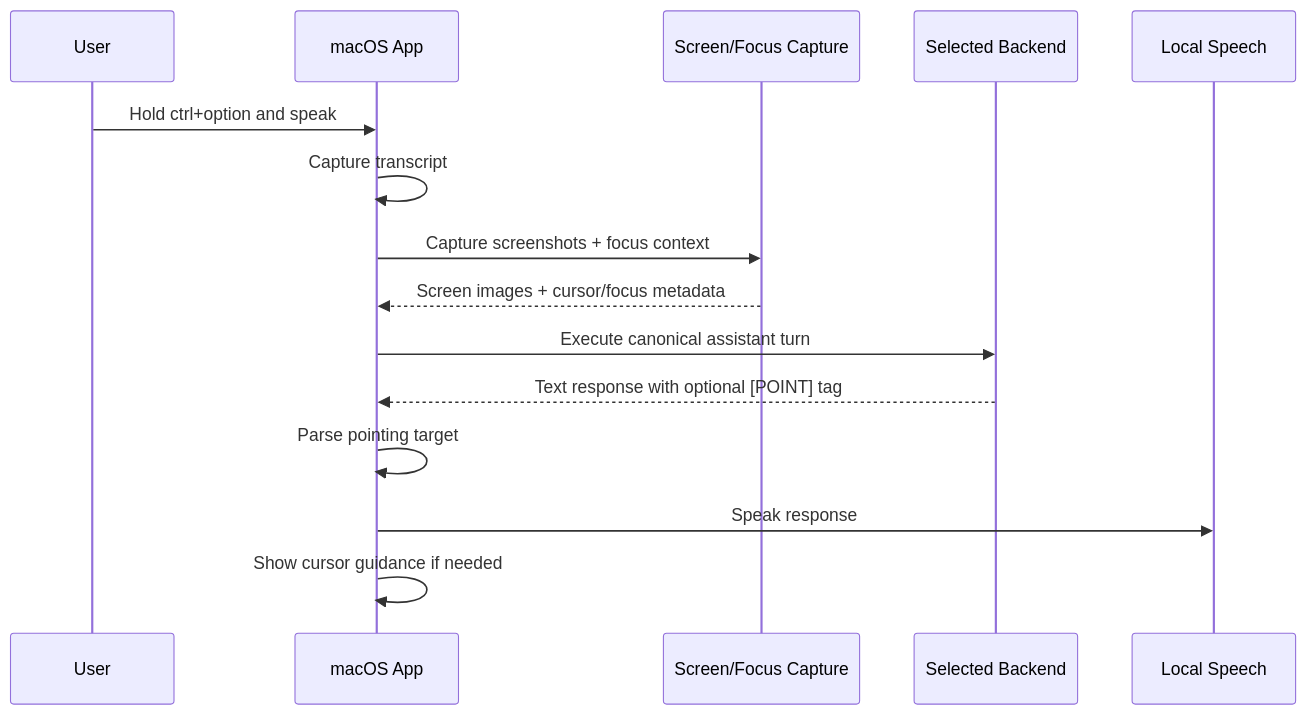
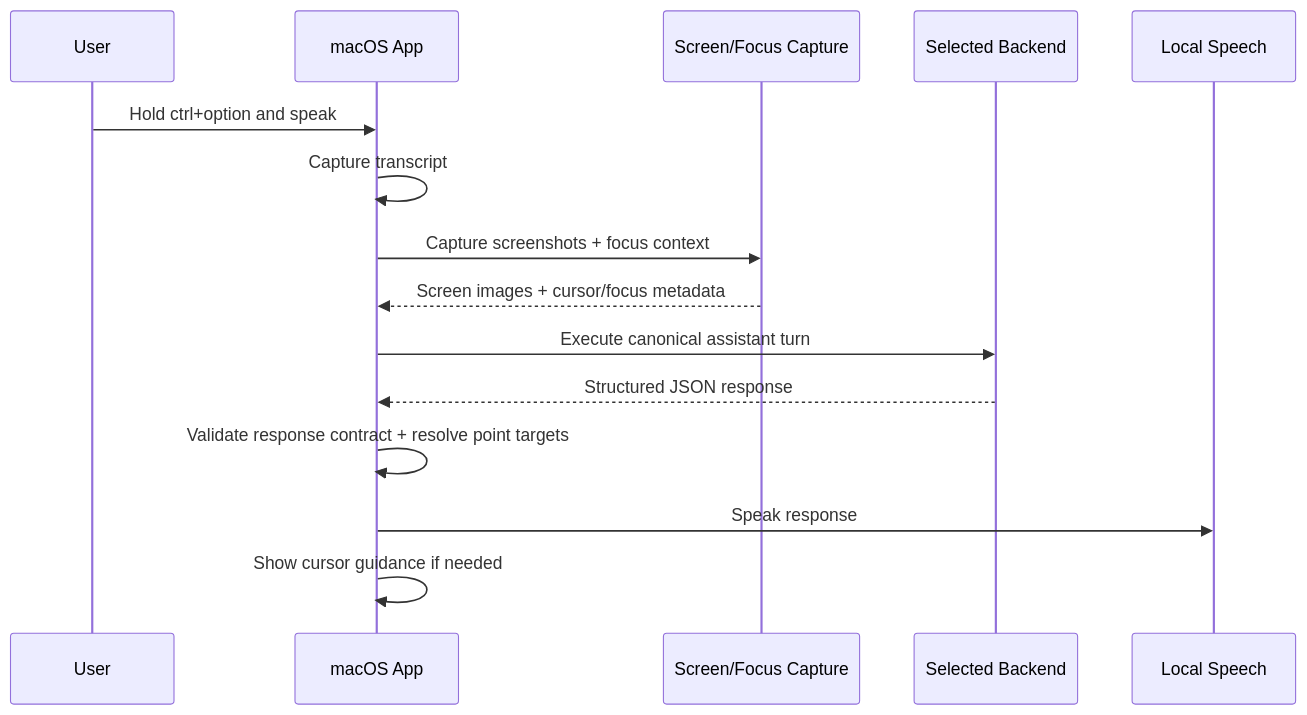
One commit to decocereus/clicky-decocereus changed the second of 7 diagrams in docs/architecture.md. Above: the diagram before and after it, drawn with Mermaid. The commit also changed other lines of this file and 13 other files, not shown here.

````diff
--- a/docs/architecture.md
+++ b/docs/architecture.md
@@ -372,18 +372,18 @@
 ```mermaid
 sequenceDiagram
   participant User
   participant App as macOS App
   participant Capture as Screen/Focus Capture
   participant Provider as Selected Backend
   participant TTS as Local Speech
 
   User->>App: Hold ctrl+option and speak
   App->>App: Capture transcript
   App->>Capture: Capture screenshots + focus context
   Capture-->>App: Screen images + cursor/focus metadata
   App->>Provider: Execute canonical assistant turn
-  Provider-->>App: Text response with optional [POINT] tag
-  App->>App: Parse pointing target
+  Provider-->>App: Structured JSON response
+  App->>App: Validate response contract + resolve point targets
   App->>TTS: Speak response
   App->>App: Show cursor guidance if needed
 ```
````
